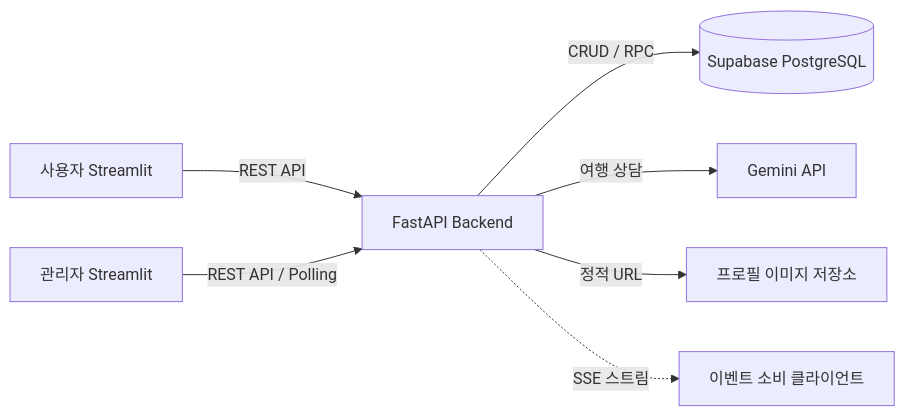
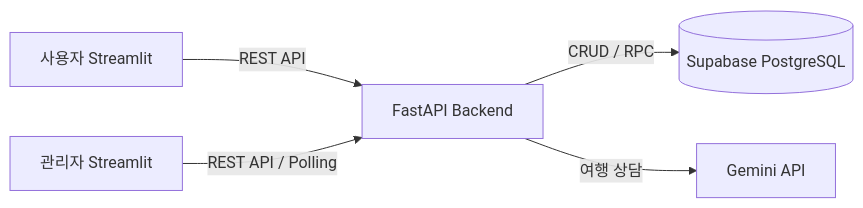
Before and after one commit to jbbdyee/airline-reservation-team-project: the diagram in README.md, drawn with Mermaid. The commit also changed other lines of this file, not shown here.

````diff
--- a/README.md
+++ b/README.md
@@ -135,9 +123,7 @@
 ```mermaid
 flowchart LR
     U["사용자 Streamlit"] -->|REST API| B["FastAPI Backend"]
     A["관리자 Streamlit"] -->|REST API / Polling| B
     B -->|CRUD / RPC| D[("Supabase PostgreSQL")]
     B -->|여행 상담| G["Gemini API"]
-    B -->|정적 URL| F["프로필 이미지 저장소"]
-    B -.->|SSE 스트림| E["이벤트 소비 클라이언트"]
 ```
````
